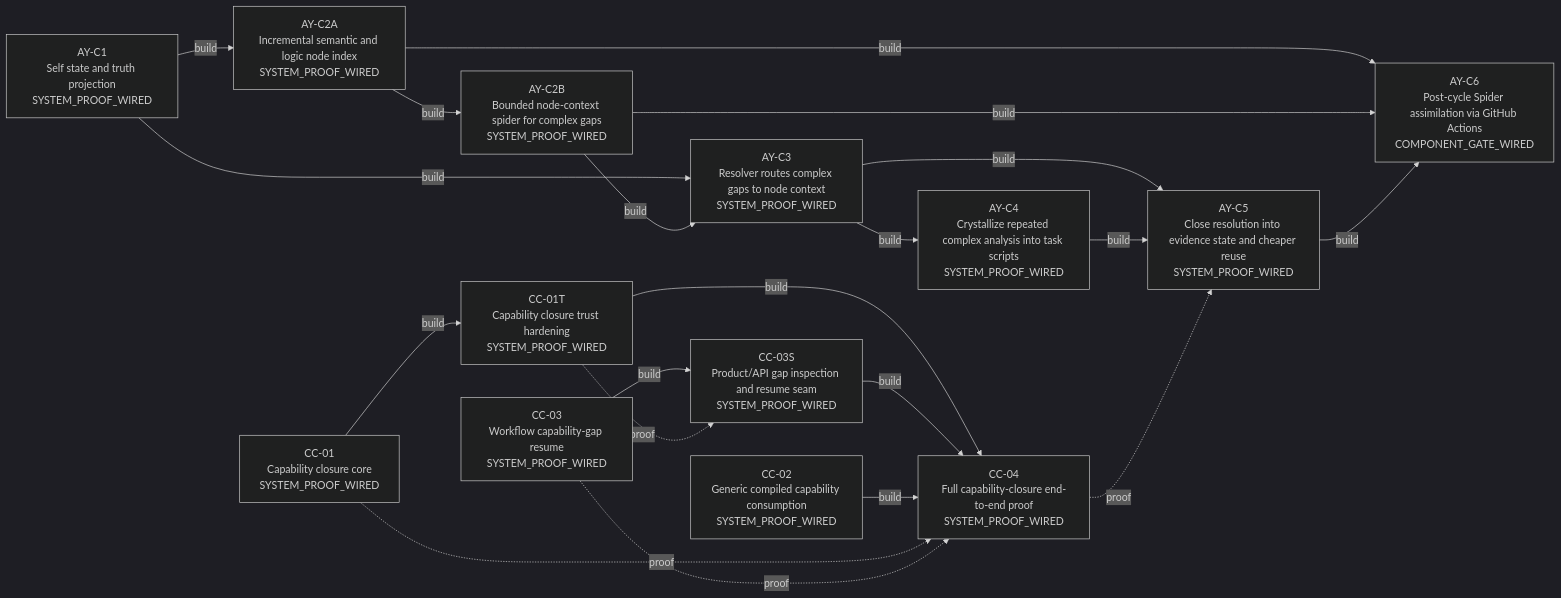
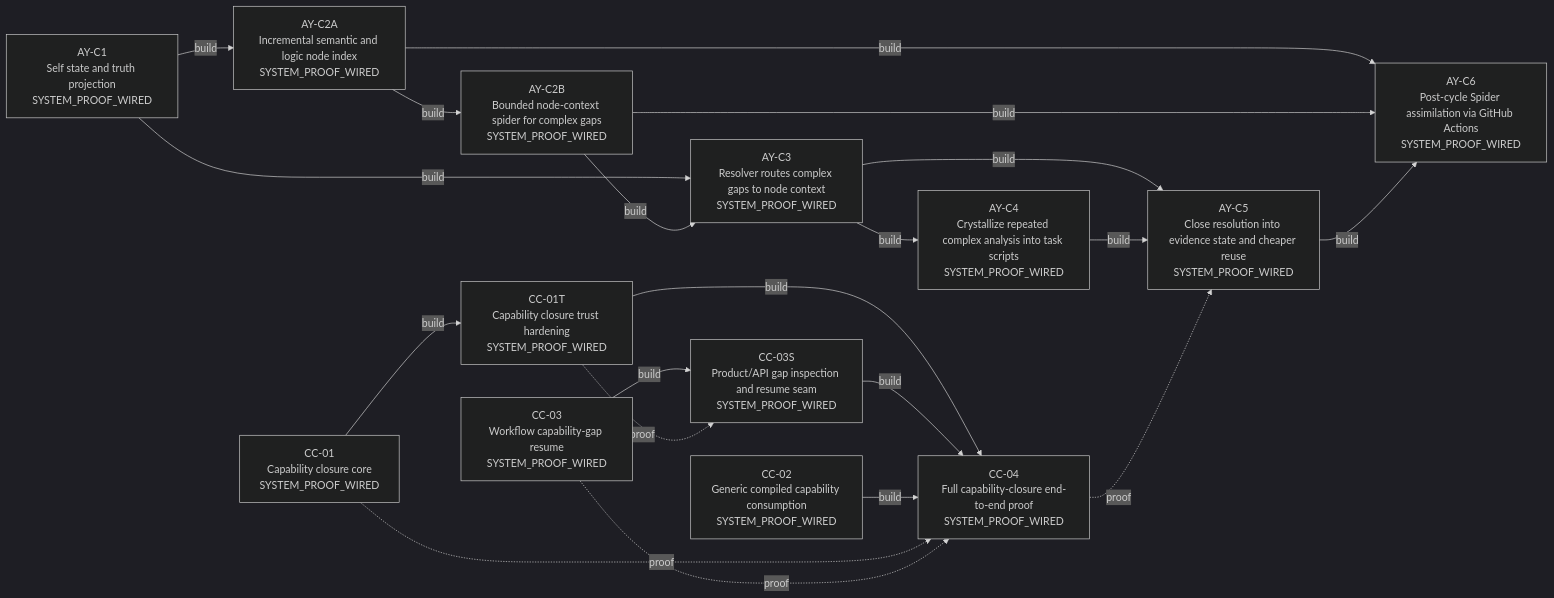
The diagram in docs/WORK_MAP.md (duducel204/AutoCompiler), drawn with Mermaid (dark theme) before and after one commit. The commit also changed other lines of this file, not shown here.

Commit message:
docs: close AY-C6 with automatic system proof

````diff
--- a/docs/WORK_MAP.md
+++ b/docs/WORK_MAP.md
@@ -18,35 +18,35 @@
 ```mermaid
 flowchart LR
   W_CC_01["CC-01<br/>Capability closure core<br/>SYSTEM_PROOF_WIRED"]
   W_CC_01T["CC-01T<br/>Capability closure trust hardening<br/>SYSTEM_PROOF_WIRED"]
   W_CC_03["CC-03<br/>Workflow capability-gap resume<br/>SYSTEM_PROOF_WIRED"]
   W_CC_03S["CC-03S<br/>Product/API gap inspection and resume seam<br/>SYSTEM_PROOF_WIRED"]
   W_CC_02["CC-02<br/>Generic compiled capability consumption<br/>SYSTEM_PROOF_WIRED"]
   W_CC_04["CC-04<br/>Full capability-closure end-to-end proof<br/>SYSTEM_PROOF_WIRED"]
   W_AY_C1["AY-C1<br/>Self state and truth projection<br/>SYSTEM_PROOF_WIRED"]
   W_AY_C2A["AY-C2A<br/>Incremental semantic and logic node index<br/>SYSTEM_PROOF_WIRED"]
   W_AY_C2B["AY-C2B<br/>Bounded node-context spider for complex gaps<br/>SYSTEM_PROOF_WIRED"]
   W_AY_C3["AY-C3<br/>Resolver routes complex gaps to node context<br/>SYSTEM_PROOF_WIRED"]
   W_AY_C4["AY-C4<br/>Crystallize repeated complex analysis into task scripts<br/>SYSTEM_PROOF_WIRED"]
   W_AY_C5["AY-C5<br/>Close resolution into evidence state and cheaper reuse<br/>SYSTEM_PROOF_WIRED"]
-  W_AY_C6["AY-C6<br/>Post-cycle Spider assimilation via GitHub Actions<br/>COMPONENT_GATE_WIRED"]
+  W_AY_C6["AY-C6<br/>Post-cycle Spider assimilation via GitHub Actions<br/>SYSTEM_PROOF_WIRED"]
   W_CC_01 -->|build| W_CC_01T
   W_CC_03 -->|build| W_CC_03S
   W_CC_01T -.->|proof| W_CC_03S
   W_CC_01T -->|build| W_CC_04
   W_CC_03S -->|build| W_CC_04
   W_CC_02 -->|build| W_CC_04
   W_CC_01 -.->|proof| W_CC_04
   W_CC_03 -.->|proof| W_CC_04
   W_AY_C1 -->|build| W_AY_C2A
   W_AY_C2A -->|build| W_AY_C2B
   W_AY_C1 -->|build| W_AY_C3
   W_AY_C2B -->|build| W_AY_C3
   W_AY_C3 -->|build| W_AY_C4
   W_AY_C3 -->|build| W_AY_C5
   W_AY_C4 -->|build| W_AY_C5
   W_CC_04 -.->|proof| W_AY_C5
   W_AY_C2A -->|build| W_AY_C6
   W_AY_C2B -->|build| W_AY_C6
   W_AY_C5 -->|build| W_AY_C6
 ```
````
